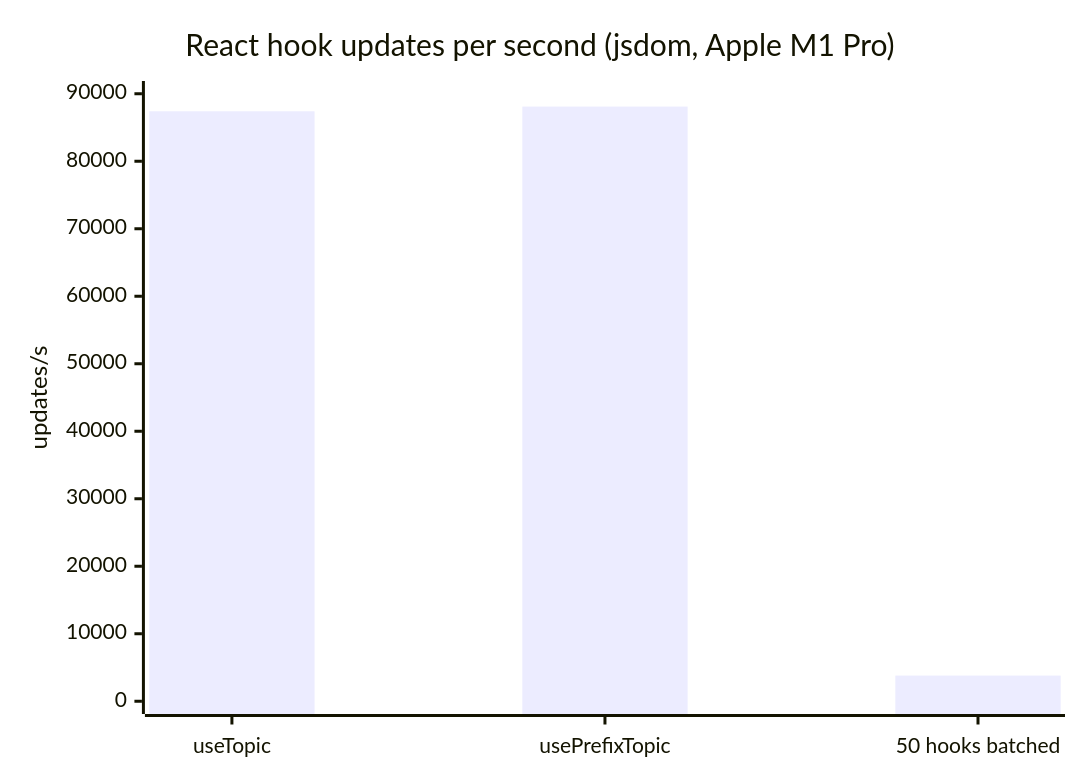
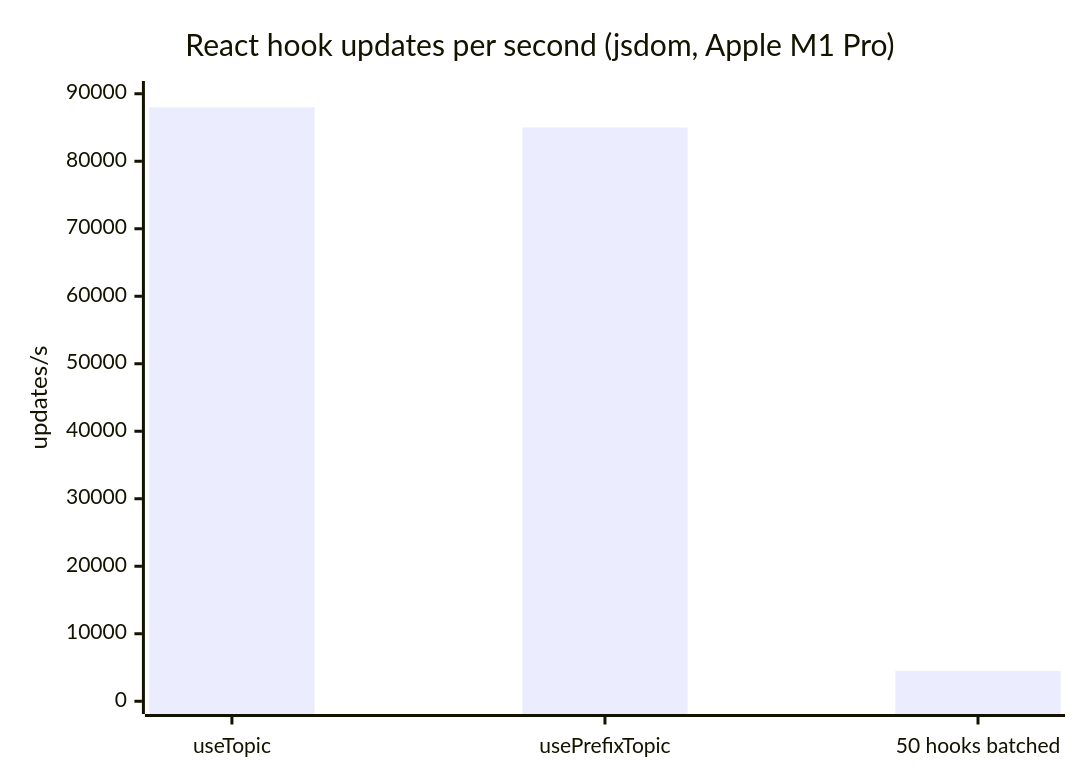
The second of 2 diagrams in README.md (cjlawson02/ntcore-ts), drawn with Mermaid before and after one commit. The commit also changed other lines of this file and 5 other files, not shown here.

````diff
--- a/README.md
+++ b/README.md
@@ -40,7 +40,7 @@
 ```mermaid
 xychart-beta
     title "React hook updates per second (jsdom, Apple M1 Pro)"
     x-axis ["useTopic", "usePrefixTopic", "50 hooks batched"]
     y-axis "updates/s" 0 --> 90000
-    bar [87400, 88100, 3800]
+    bar [88000, 85000, 4500]
 ```
````
